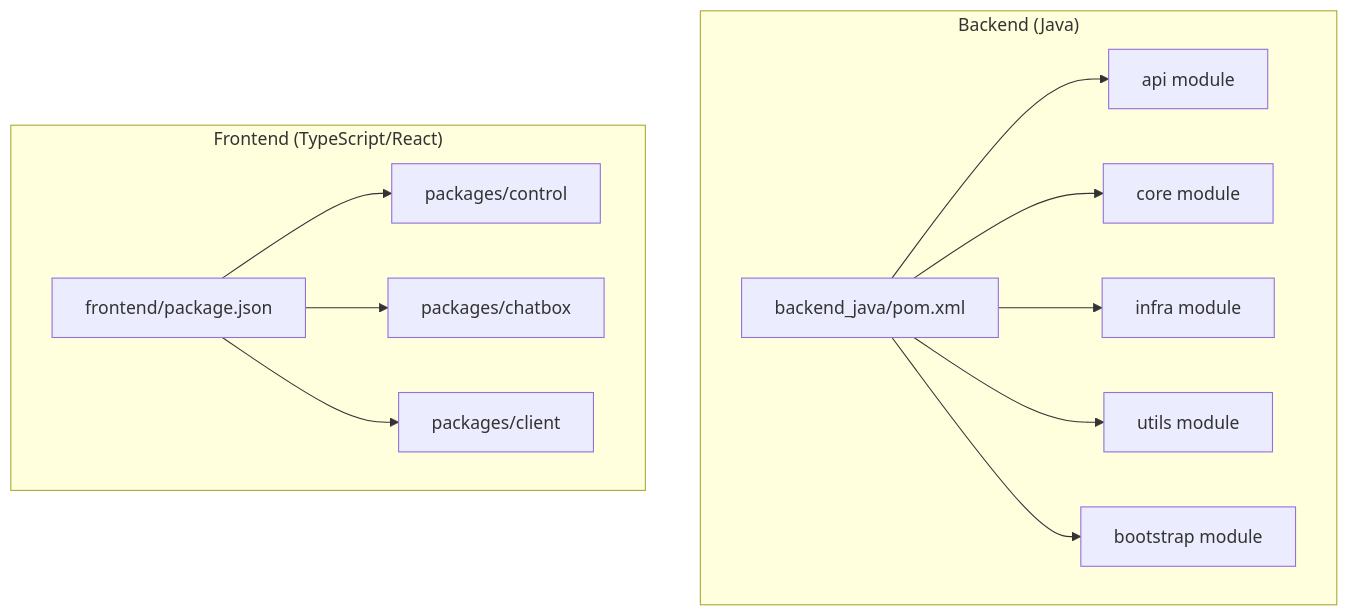
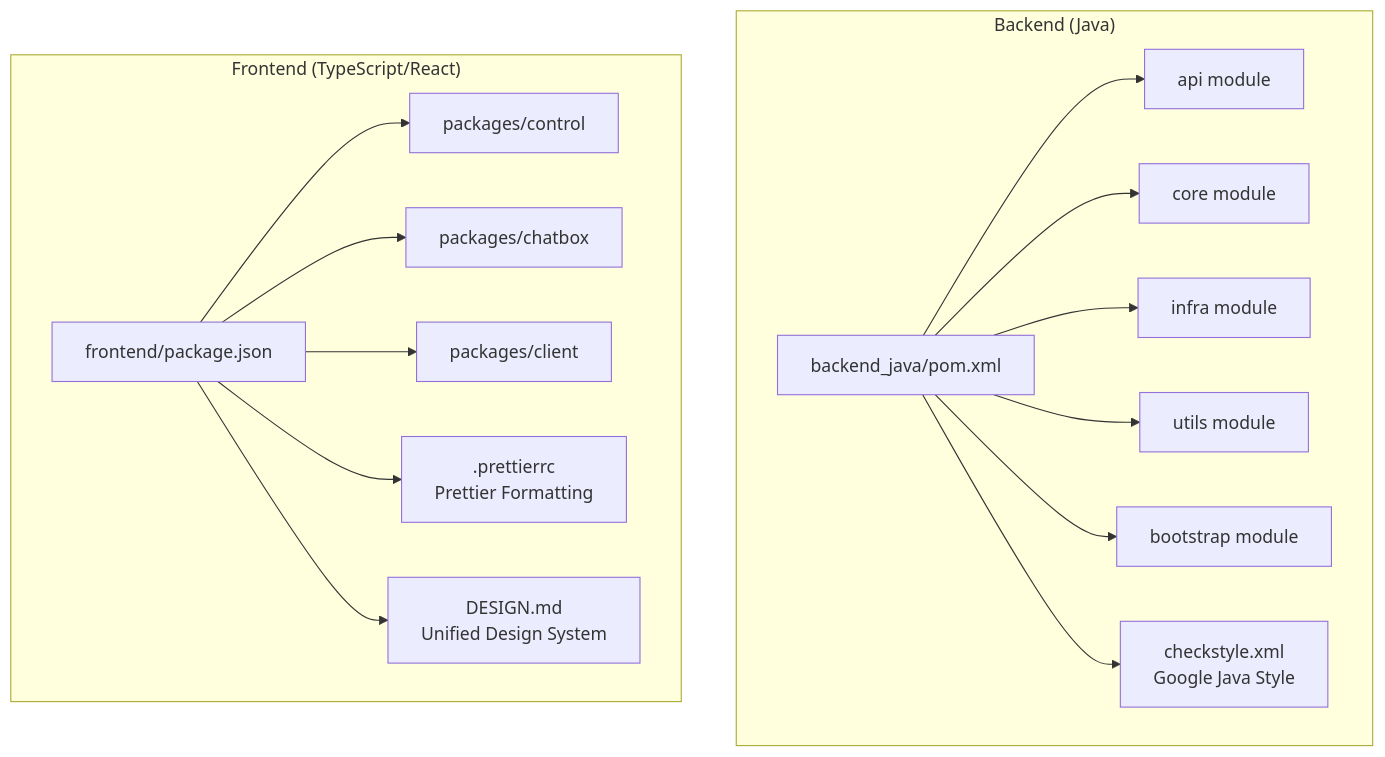
One commit to alibaba/tron-one-agent changed the first of 7 diagrams in .qoder/repowiki/en/content/Development Guidelines.md. Above: the diagram before and after it, drawn with Mermaid. The commit also changed other lines of this file and 6 other files, not shown here.

````diff
--- a/.qoder/repowiki/en/content/Development Guidelines.md
+++ b/.qoder/repowiki/en/content/Development Guidelines.md
@@ -39,25 +55,31 @@
 ```mermaid
 graph TB
 subgraph "Backend (Java)"
 POM["backend_java/pom.xml"]
 API["api module"]
 CORE["core module"]
 INFRA["infra module"]
 UTILS["utils module"]
 BOOT["bootstrap module"]
+CHECKSTYLE["checkstyle.xml<br/>Google Java Style"]
 end
 subgraph "Frontend (TypeScript/React)"
 FE_PKG["frontend/package.json"]
 CONTROL["packages/control"]
 CHATBOX["packages/chatbox"]
 CLIENT["packages/client"]
+PRETTIER[".prettierrc<br/>Prettier Formatting"]
+DESIGN["DESIGN.md<br/>Unified Design System"]
 end
 POM --> API
 POM --> CORE
 POM --> INFRA
 POM --> UTILS
 POM --> BOOT
+POM --> CHECKSTYLE
 FE_PKG --> CONTROL
 FE_PKG --> CHATBOX
 FE_PKG --> CLIENT
+FE_PKG --> PRETTIER
+FE_PKG --> DESIGN
 ```
````
